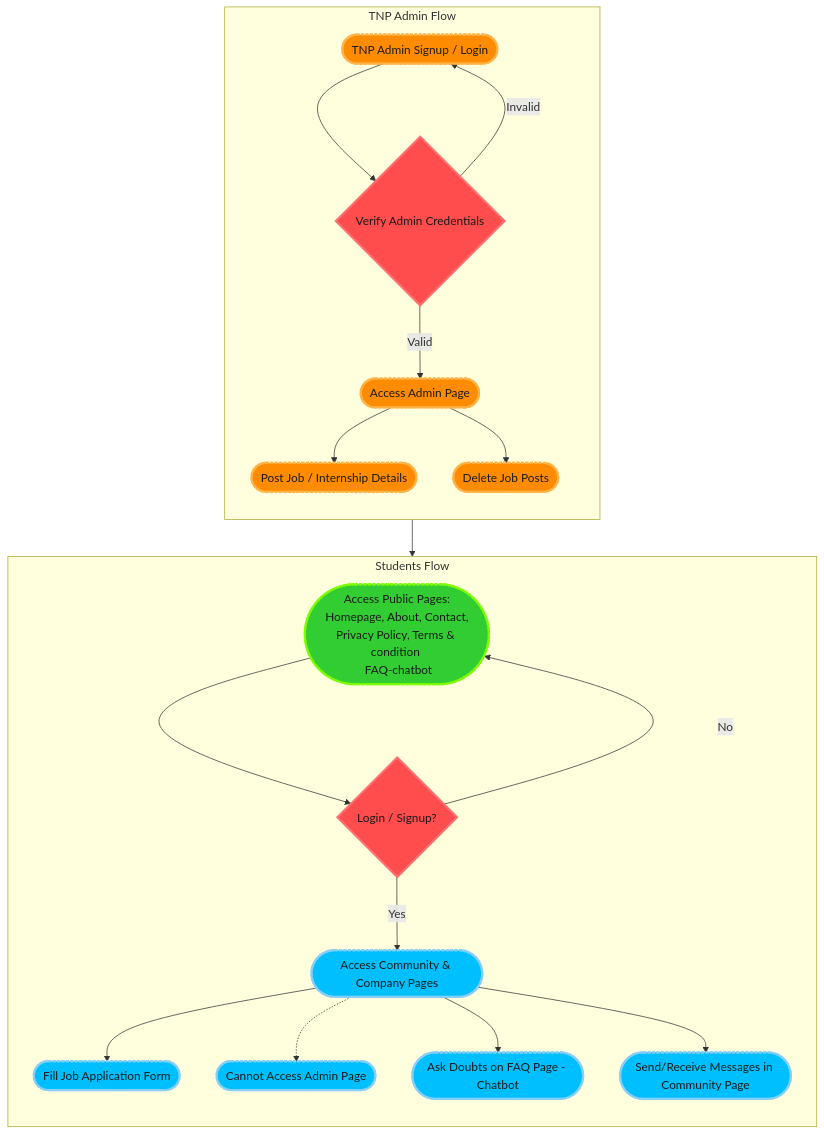
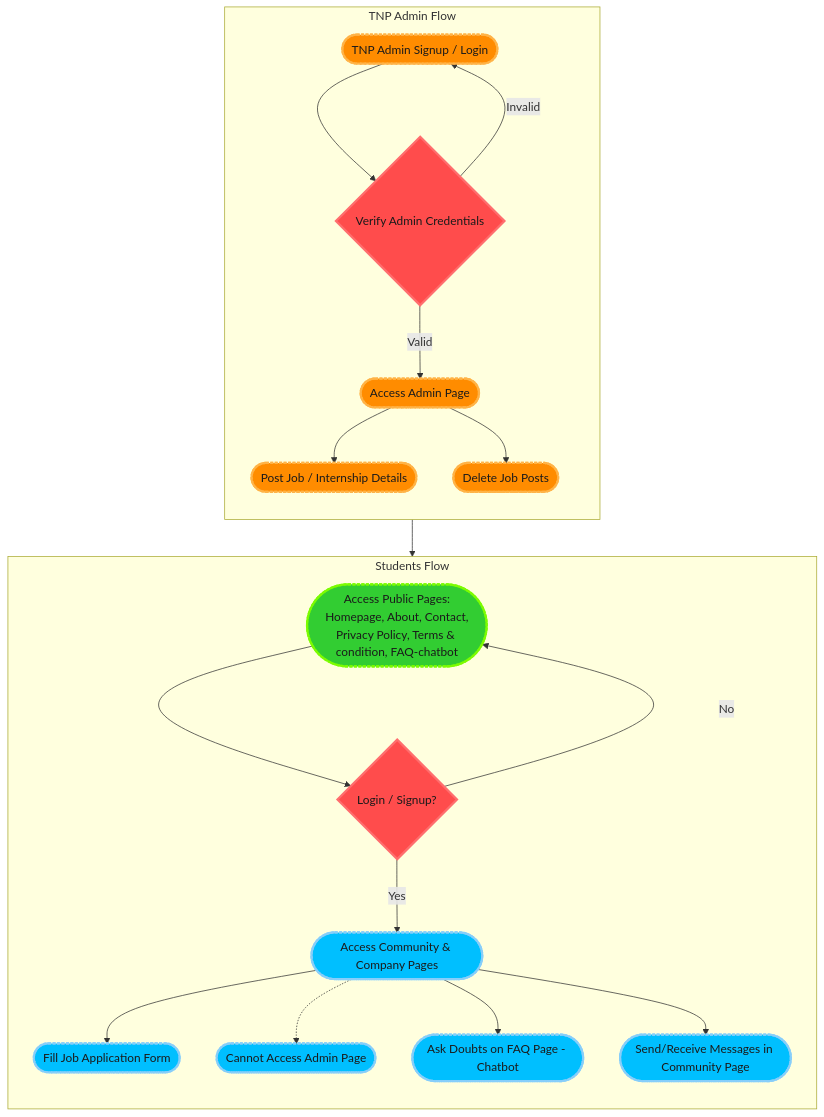
One commit to deepak-pandey1/BPIT-CareerHub changed the diagram in README.md. Above: the diagram before and after it, drawn with Mermaid.

````diff
--- a/README.md
+++ b/README.md
@@ -8,37 +8,37 @@
 ```mermaid
 graph TD
     %% Define styles for dark theme with rounded corners and subtle shadows
     classDef adminNode fill:#ff8c00,stroke:#ffb347,stroke-width:3px,color:#1a1a1a,stroke-dasharray:4 2,round
     classDef studentNode fill:#00bfff,stroke:#87cefa,stroke-width:3px,color:#1a1a1a,stroke-dasharray:4 2,round
     classDef publicNode fill:#32cd32,stroke:#7cfc00,stroke-width:3px,color:#1a1a1a,stroke-dasharray:4 2,round
     classDef decisionNode fill:#ff4c4c,stroke:#ff6e6e,stroke-width:3px,color:#1a1a1a
 
     %% TNP Admin Flow
     subgraph TNP_Admin["TNP Admin Flow"]
         direction TB
         A1([TNP Admin Signup / Login]):::adminNode --> B1{Verify Admin Credentials}:::decisionNode
         B1 -->|Valid| C1([Access Admin Page]):::adminNode
         B1 -->|Invalid| A1
         C1 --> D1([Post Job / Internship Details]):::adminNode
         C1 --> E1([Delete Job Posts]):::adminNode
     end
 
     %% Students Flow
     subgraph Students["Students Flow"]
         direction TB
-        F1([Access Public Pages:<br>Homepage, About, Contact,<br>Privacy Policy, Terms & condition <br> FAQ-chatbot]):::publicNode --> G1{Login / Signup?}:::decisionNode
+        F1([Access Public Pages:<br>Homepage, About, Contact,<br>Privacy Policy, Terms & condition, FAQ-chatbot]):::publicNode --> G1{Login / Signup?}:::decisionNode
         G1 -->|Yes| H1([Access Community & Company Pages]):::studentNode
         G1 -->|No| F1
 
         H1 --> I1([Fill Job Application Form]):::studentNode
         H1 -.-> J1([Cannot Access Admin Page]):::studentNode
         H1 --> K1([Ask Doubts on FAQ Page - Chatbot]):::studentNode
 
         %% Communication in Community Page
         H1 --> L1([Send/Receive Messages in Community Page]):::studentNode
         C1 --> L1
     end
 
 
 
 ```
````
